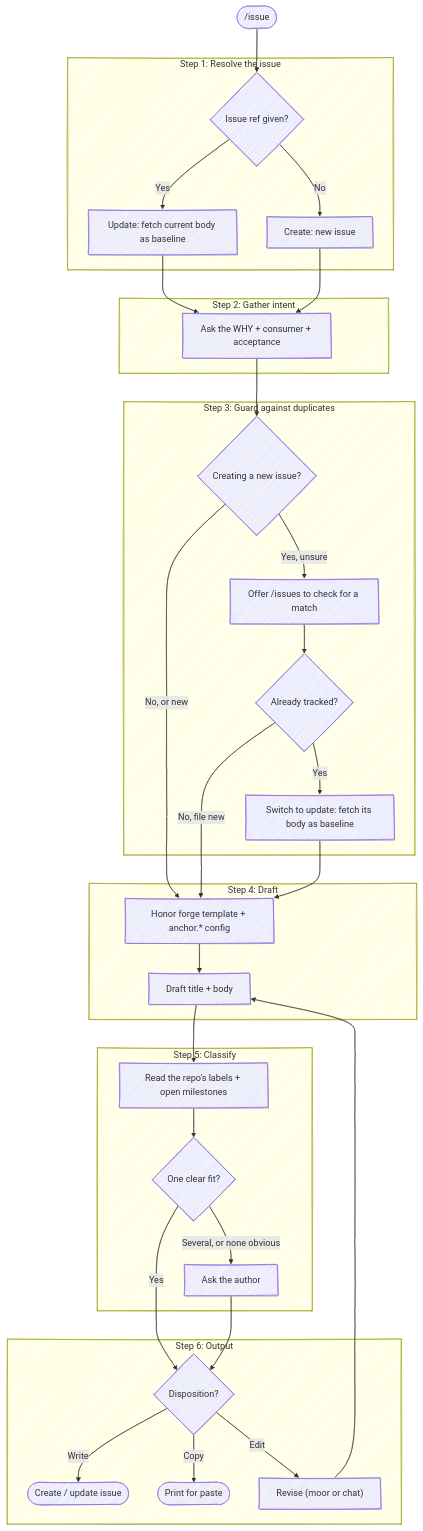
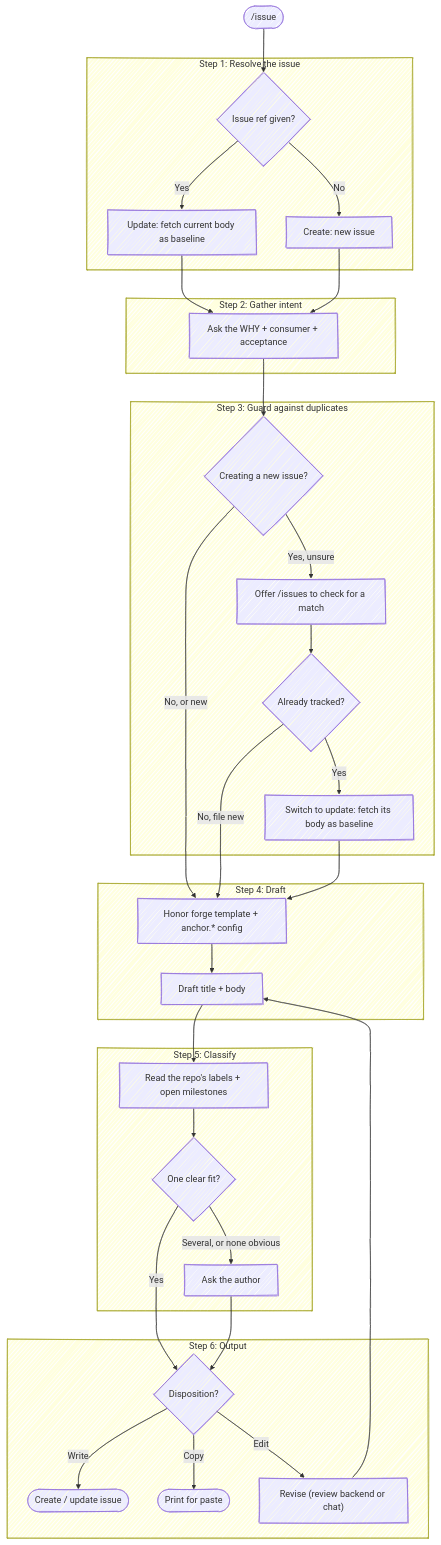
Before and after one commit to chris-peterson/anchor: the diagram in skills/issue/SKILL.md, drawn with Mermaid. The commit also changed other lines of this file and 22 other files, not shown here.

First line of the commit message:
Remove the moor review backend

````diff
--- a/skills/issue/SKILL.md
+++ b/skills/issue/SKILL.md
@@ -14,45 +14,45 @@
 ```mermaid
 %%{ init: { 'look': 'handDrawn' } }%%
 flowchart TD
     Start(["/issue"]) --> Mode{Issue ref given?}
 
     subgraph "Step 1: Resolve the issue"
         Mode -->|Yes| Update["Update: fetch current body as baseline"]
         Mode -->|No| Create["Create: new issue"]
     end
 
     subgraph "Step 2: Gather intent"
         Update --> Why["Ask the WHY + consumer + acceptance"]
         Create --> Why
     end
 
     subgraph "Step 3: Guard against duplicates"
         Why --> FromCreate{Creating a new issue?}
         FromCreate -->|Yes, unsure| Check["Offer /issues to check for a match"]
         Check --> Match{Already tracked?}
         Match -->|Yes| Reuse["Switch to update: fetch its body as baseline"]
     end
 
     subgraph "Step 4: Draft"
         Tmpl["Honor forge template + anchor.* config"]
         Tmpl --> Draft["Draft title + body"]
     end
 
     FromCreate -->|No, or new| Tmpl
     Match -->|No, file new| Tmpl
     Reuse --> Tmpl
 
     subgraph "Step 5: Classify"
         Draft --> Meta["Read the repo's labels + open milestones"]
         Meta --> Fit{One clear fit?}
         Fit -->|Several, or none obvious| Choose["Ask the author"]
     end
 
     subgraph "Step 6: Output"
         Fit -->|Yes| Out{Disposition?}
         Choose --> Out
         Out -->|Write| Forge(["Create / update issue"])
         Out -->|Copy| CopyOnly(["Print for paste"])
-        Out -->|Edit| Revise["Revise (moor or chat)"] --> Draft
+        Out -->|Edit| Revise["Revise (review backend or chat)"] --> Draft
     end
 ```
````
